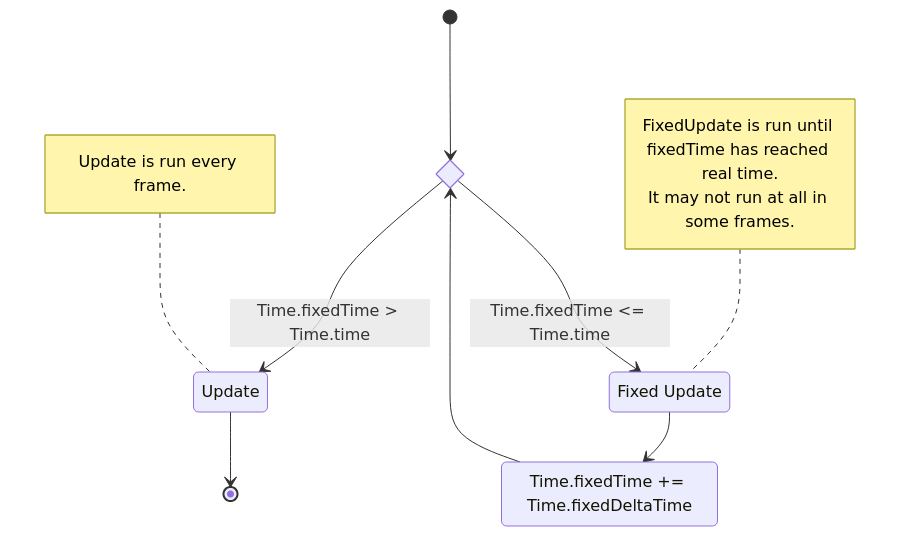
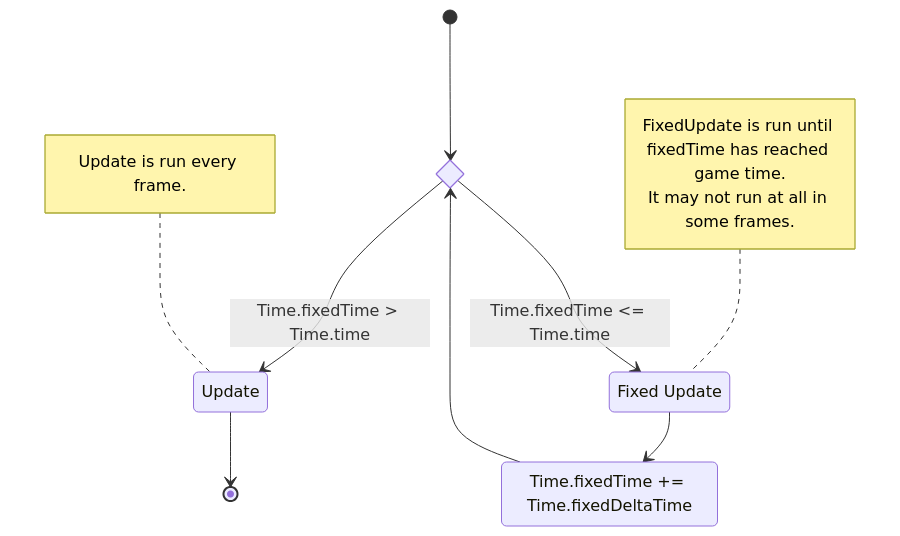
Before and after one commit to vertxxyz/help.vertx.xyz: the second of 2 diagrams in Troubleshooter/Assets/Site/Info/FixedUpdate.md, drawn with Mermaid. The commit also changed other lines of this file and 28 other files, not shown here.

````diff
--- a/Troubleshooter/Assets/Site/Info/FixedUpdate.md
+++ b/Troubleshooter/Assets/Site/Info/FixedUpdate.md
@@ -64,20 +68,20 @@
 ```mermaid
 stateDiagram-v2
     state if_fixedUpdate <<choice>>
     [*] --> if_fixedUpdate
     note left of FixedUpdate
-        FixedUpdate is run until fixedTime has reached real time.
+        FixedUpdate is run until fixedTime has reached game time.
         It may not run at all in some frames.
     end note
     if_fixedUpdate --> Update: Time.fixedTime > Time.time
     Update --> [*]
     FixedUpdate: Fixed Update
     FixedUpdateAdd: Time.fixedTime += Time.fixedDeltaTime
     FixedUpdate --> FixedUpdateAdd
     FixedUpdateAdd --> if_fixedUpdate
     if_fixedUpdate --> FixedUpdate: Time.fixedTime <= Time.time
     note left of Update
         Update is run every frame.
     end note
 
 ```  
````
